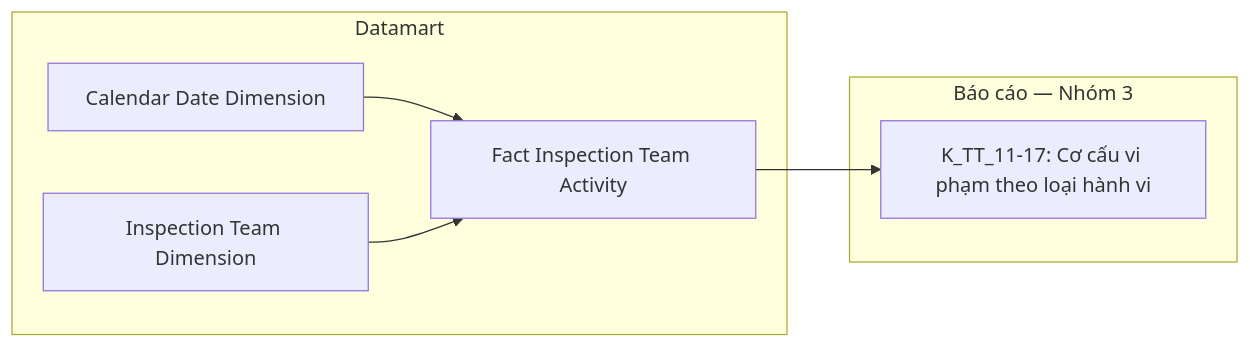
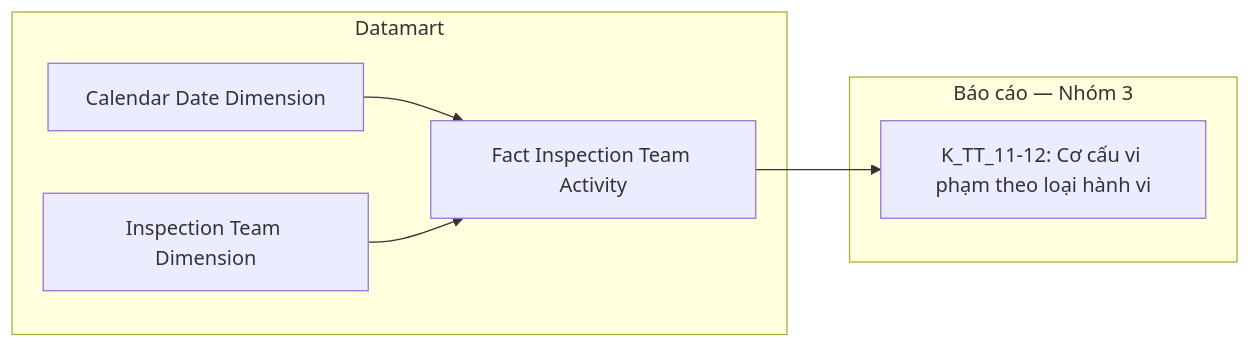
One commit to linhlvit/ubck_atomic_design changed diagram 17 of 50 in Datamart/hld/DTM_TT_HLD.md. Above: the diagram before and after it, drawn with Mermaid. The commit also changed other lines of this file and 8 other files, not shown here.

````diff
--- a/Datamart/hld/DTM_TT_HLD.md
+++ b/Datamart/hld/DTM_TT_HLD.md
@@ -597,14 +595,14 @@
 ```mermaid
 flowchart LR
     subgraph Datamart["Datamart"]
         G1["Fact Inspection Team Activity"]
         G2["Calendar Date Dimension"]
         G3["Inspection Team Dimension"]
     end
     subgraph RPT["Báo cáo — Nhóm 3"]
-        R1["K_TT_11-17: Cơ cấu vi phạm theo loại hành vi"]
+        R1["K_TT_11-12: Cơ cấu vi phạm theo loại hành vi"]
     end
     G2 --> G1
     G3 --> G1
     G1 --> R1
 ```
````
